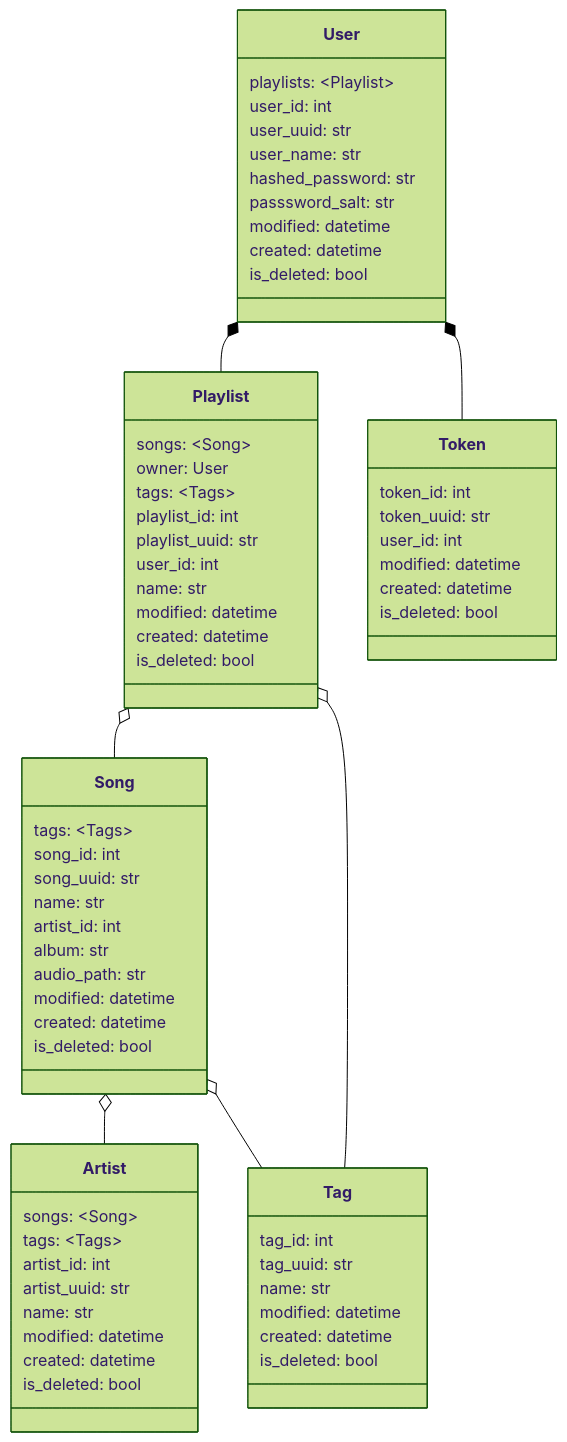
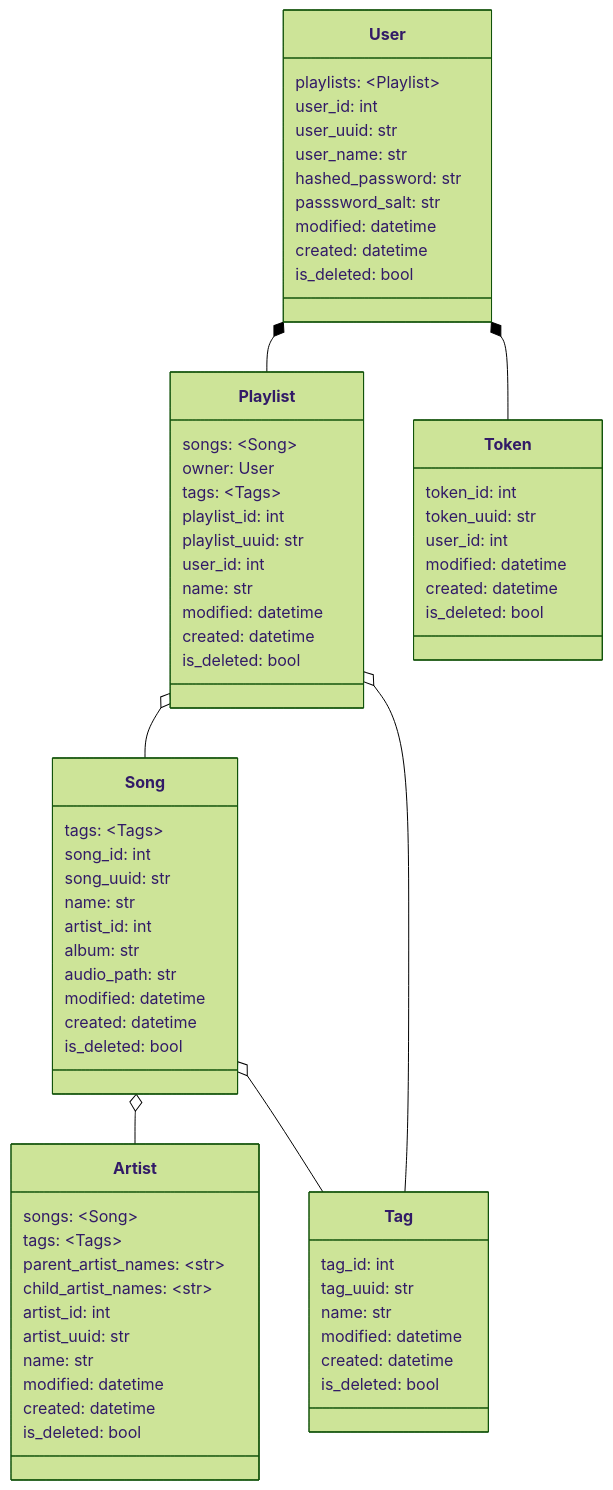
The second of 2 diagrams in README.md (theglobehead/playlist-app-with-fastapi-react), drawn with Mermaid (forest theme) before and after one commit. The commit also changed other lines of this file, not shown here.

Commit message:
feat: added subartists to UML diagrams

````diff
--- a/README.md
+++ b/README.md
@@ -118,80 +129,82 @@
 ```mermaid
 classDiagram
     class User{
         playlists: ~Playlist~
 
         user_id: int
         user_uuid: str
         user_name: str
         hashed_password: str
         passsword_salt: str
         modified: datetime
         created: datetime
         is_deleted: bool
     }
 
     class Playlist{
         songs: ~Song~
         owner: User
         tags: ~Tags~
 
         playlist_id: int
         playlist_uuid: str
         user_id: int
         name: str
         modified: datetime
         created: datetime
         is_deleted: bool
     }
 
     class Song{
         tags: ~Tags~
 
         song_id: int
         song_uuid: str
         name: str
         artist_id: int
         album: str
         audio_path: str
         modified: datetime
         created: datetime
         is_deleted: bool
     }
 
     class Artist{
         songs: ~Song~
         tags: ~Tags~
+        parent_artist_names: ~str~        
+        child_artist_names: ~str~        
 
         artist_id: int
         artist_uuid: str
         name: str
         modified: datetime
         created: datetime
         is_deleted: bool
     }
 
     class Tag{
         tag_id: int
         tag_uuid: str
         name: str
         modified: datetime
         created: datetime
         is_deleted: bool
     }
 
     class Token{
         token_id: int
         token_uuid: str
         user_id: int
         modified: datetime
         created: datetime
         is_deleted: bool
     }
 
     User *-- Playlist
     User *-- Token
     Playlist o-- Song
     Song o-- Artist
     Song o-- Tag
     Playlist o-- Tag
 ```
````
